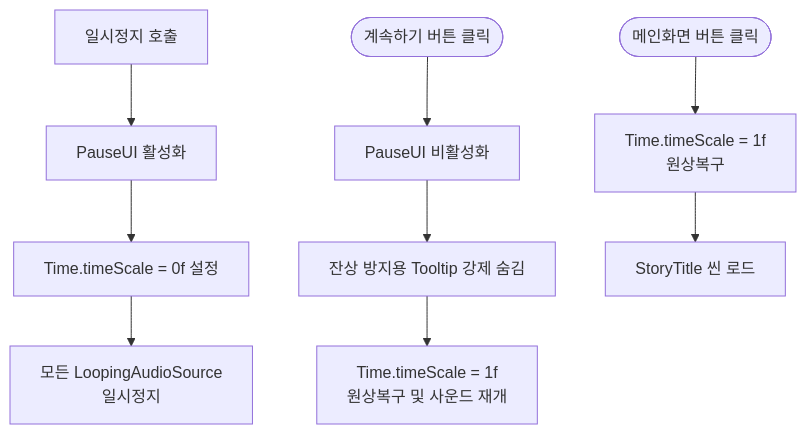
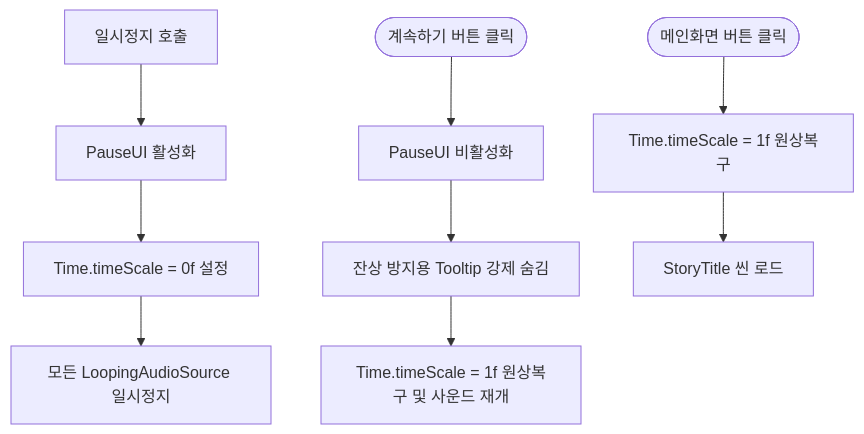
The diagram in Project_TripleSurvivor/PauseSystem.md (zergling-cute/zergling-cute), drawn with Mermaid before and after one commit. The commit also changed other lines of this file, not shown here.

````diff
--- a/Project_TripleSurvivor/PauseSystem.md
+++ b/Project_TripleSurvivor/PauseSystem.md
@@ -15,13 +15,13 @@
 ```mermaid
 flowchart TD
     A[일시정지 호출] --> B[PauseUI 활성화]
     B --> C[Time.timeScale = 0f 설정]
-    C --> D[모든 LoopingAudioSource <br>일시정지]
+    C --> D[모든 LoopingAudioSource 일시정지]
     
     E([계속하기 버튼 클릭]) --> F[PauseUI 비활성화]
     F --> G[잔상 방지용 Tooltip 강제 숨김]
-    G --> H[Time.timeScale = 1f <br>원상복구 및 사운드 재개]
+    G --> H[Time.timeScale = 1f 원상복구 및 사운드 재개]
     
-    I([메인화면 버튼 클릭]) --> J[Time.timeScale = 1f <br>원상복구]
+    I([메인화면 버튼 클릭]) --> J[Time.timeScale = 1f 원상복구]
     J --> K[StoryTitle 씬 로드]
 ```
````
